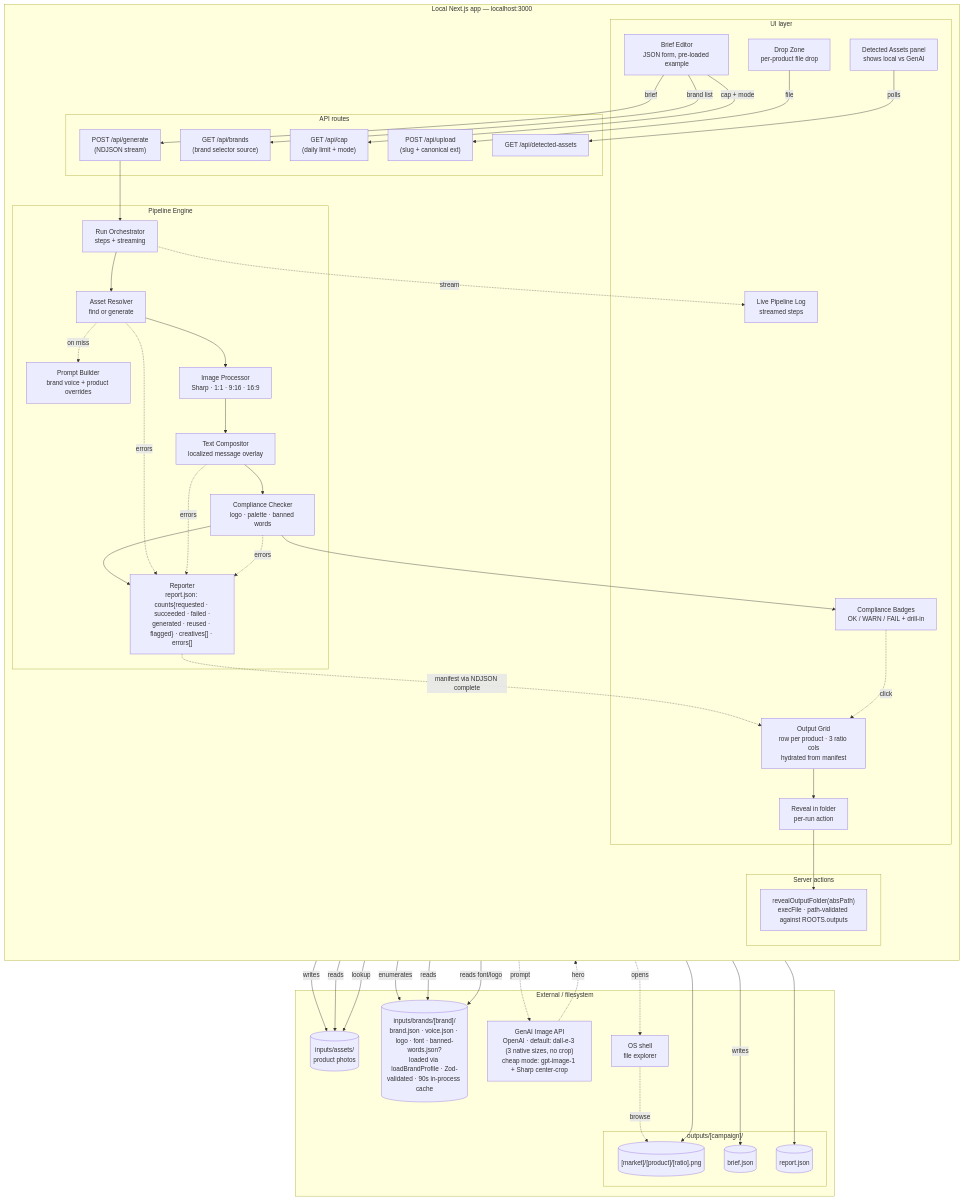
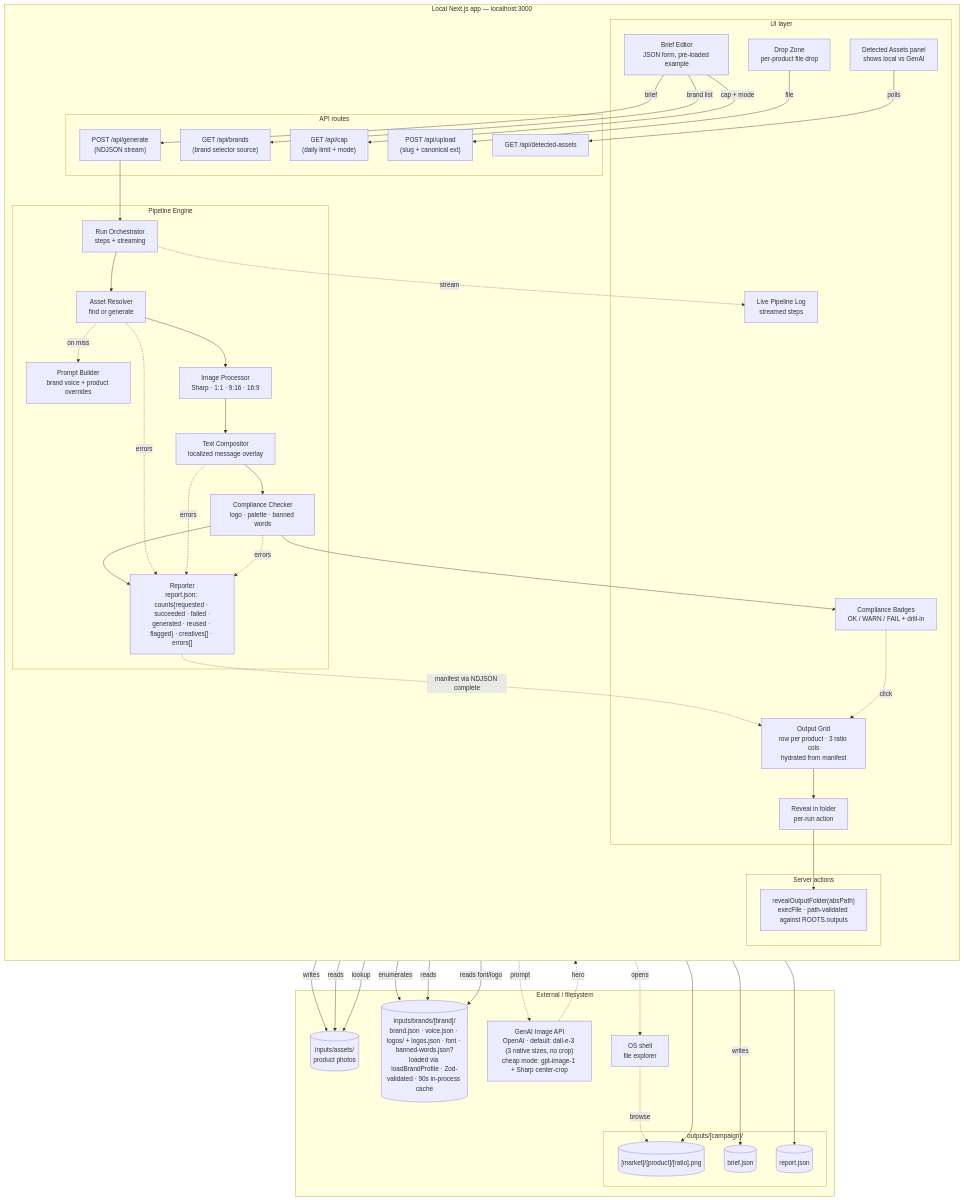
One commit to arndvs/cast changed the third of 5 diagrams in docs/system-map.md. Above: the diagram before and after it, drawn with Mermaid. The commit also changed other lines of this file and 3 other files, not shown here.

```diff
--- a/docs/system-map.md
+++ b/docs/system-map.md
@@ -83,7 +83,7 @@
 graph TB
     subgraph External["External / filesystem"]
         Inputs[("inputs/assets/<br/>product photos")]
-        BrandProfile[("inputs/brands/[brand]/<br/>brand.json · voice.json · logo · font · banned-words.json?<br/>loaded via loadBrandProfile · Zod-validated · 90s in-process cache")]
+        BrandProfile[("inputs/brands/[brand]/<br/>brand.json · voice.json · logos/ + logos.json · font · banned-words.json?<br/>loaded via loadBrandProfile · Zod-validated · 90s in-process cache")]
         subgraph CampaignOut["outputs/[campaign]/"]
             Outputs[("[market]/[product]/[ratio].png")]
             BriefFile[("brief.json")]
```
